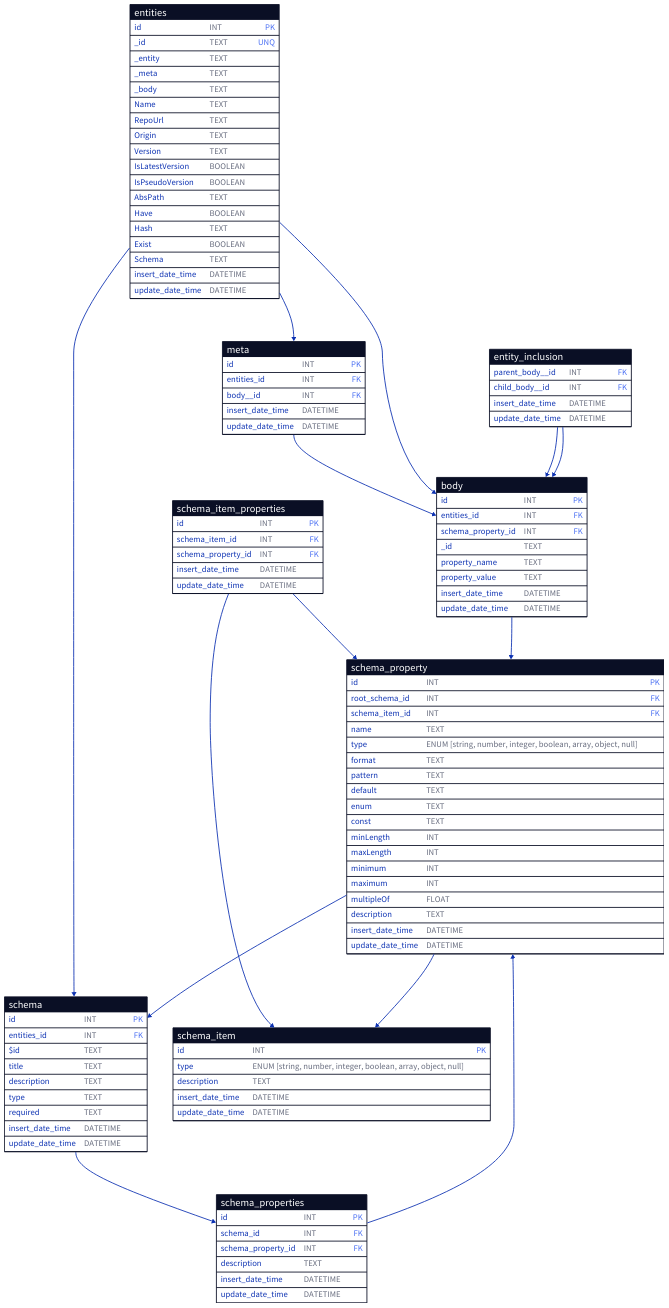
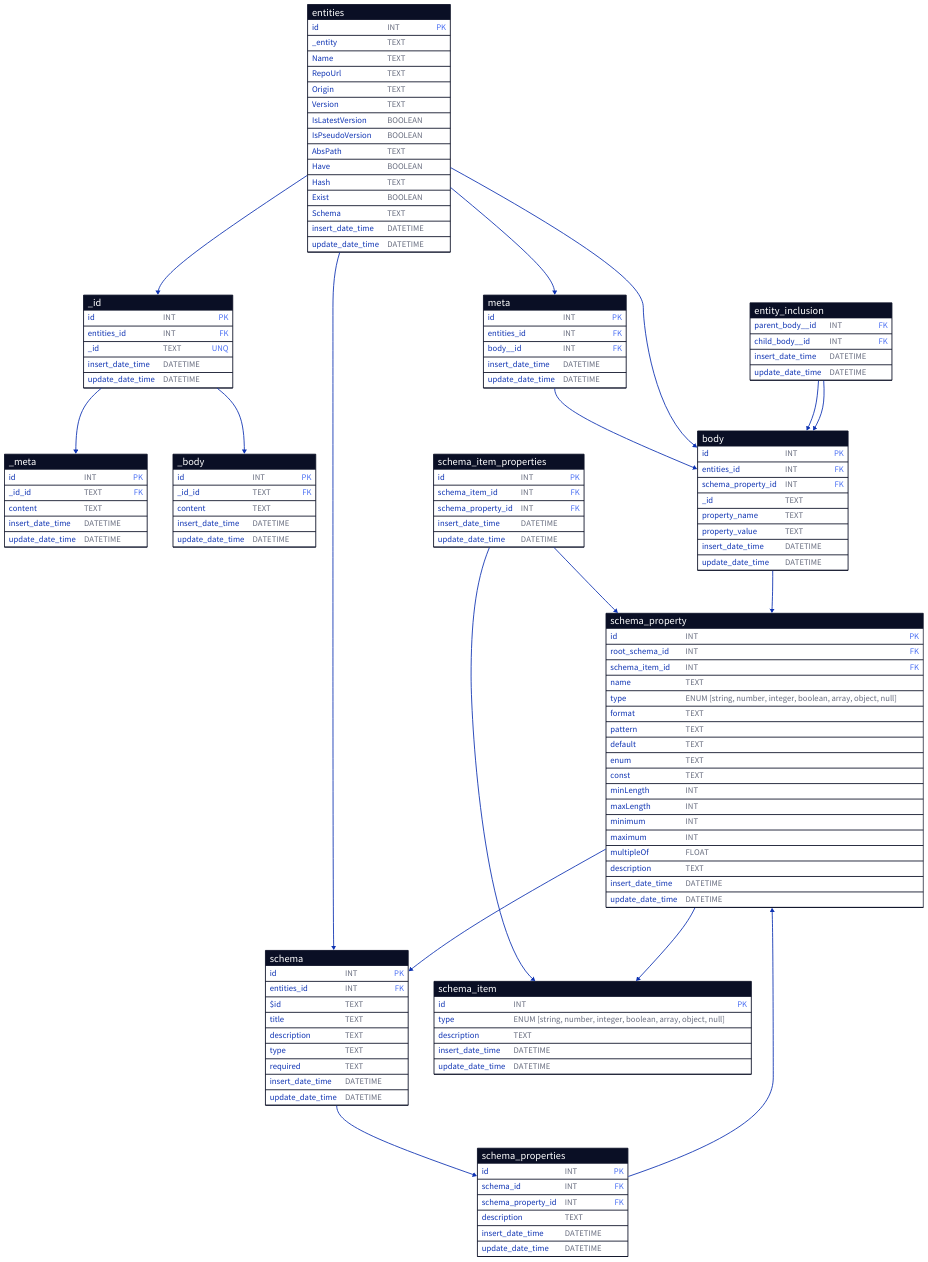
The diagram in .docs/diagram/caching-db-struct.d2 (AmadlaOrg/YECE), drawn with D2 before and after one commit. The commit also changed 1 other file, not shown here.

Commit message:
Added tables that were needed to store cache data for _meta and _body.

```diff
--- a/.docs/diagram/caching-db-struct.d2
+++ b/.docs/diagram/caching-db-struct.d2
@@ -1,133 +1,161 @@
 # TODO: Need to add other schema details like data type, constrains, etc. From the information here we need to be able to regenerate the schema and the .hery file. Maybe add another table for other details from the schema
 
 entities: {
   shape: sql_table
   id: INT {constraint: primary_key}
-  _id: TEXT {constraint: unique}
   _entity: TEXT
-  _meta: TEXT
-  _body: TEXT
   Name: TEXT
   RepoUrl: TEXT
   Origin: TEXT
   Version: TEXT
   IsLatestVersion: BOOLEAN
   IsPseudoVersion: BOOLEAN
   AbsPath: TEXT
   Have: BOOLEAN
   Hash: TEXT
   Exist: BOOLEAN
   Schema: TEXT
+  insert_date_time: DATETIME
+  update_date_time: DATETIME
+}
+
+_id: {
+  shape: sql_table
+  id: INT {constraint: primary_key}
+  entities_id: INT {constraint: foreign_key}
+  _id: TEXT {constraint: unique}
+  insert_date_time: DATETIME
+  update_date_time: DATETIME
+}
+
+_meta: {
+  shape: sql_table
+  id: INT {constraint: primary_key}
+  _id_id: TEXT {constraint: foreign_key}
+  content: TEXT
+  insert_date_time: DATETIME
+  update_date_time: DATETIME
+}
+
+_body: {
+  shape: sql_table
+  id: INT {constraint: primary_key}
+  _id_id: TEXT {constraint: foreign_key}
+  content: TEXT
   insert_date_time: DATETIME
   update_date_time: DATETIME
 }
 
 meta: {
   shape: sql_table
   id: INT {constraint: primary_key}
   entities_id: INT {constraint: foreign_key}
   body__id: INT {constraint: foreign_key}
   insert_date_time: DATETIME
   update_date_time: DATETIME
 }
 
 body: {
   shape: sql_table
   id: INT {constraint: primary_key}
   entities_id: INT {constraint: foreign_key}
   schema_property_id: INT {constraint: foreign_key}
   _id: TEXT
   property_name: TEXT
   property_value: TEXT
   insert_date_time: DATETIME
   update_date_time: DATETIME
 }
 
 entity_inclusion: {
   shape: sql_table
   parent_body__id: INT {constraint: foreign_key}
   child_body__id: INT {constraint: foreign_key}
   insert_date_time: DATETIME
   update_date_time: DATETIME
 }
 
 schema: {
   shape: sql_table
   id: INT {constraint: primary_key}
   entities_id: INT {constraint: foreign_key}
   \$id: TEXT
   title: TEXT
   description: TEXT
   type: TEXT
   required: TEXT
   insert_date_time: DATETIME
   update_date_time: DATETIME
 }
 
 schema_properties: {
   shape: sql_table
   id: INT {constraint: primary_key}
   schema_id: INT {constraint: foreign_key}
   schema_property_id: INT {constraint: foreign_key}
   description: TEXT
   insert_date_time: DATETIME
   update_date_time: DATETIME
 }
 
 schema_property: {
   shape: sql_table
   id: INT {constraint: primary_key}
   root_schema_id: INT {constraint: foreign_key}
   schema_item_id: INT {constraint: foreign_key}
   name: TEXT
   type: ENUM \[string, number, integer, boolean, array, object, null\]
   format: TEXT
   pattern: TEXT
   default: TEXT
   enum: TEXT
   const: TEXT
   minLength: INT
   maxLength: INT
   minimum: INT
   maximum: INT
   multipleOf: FLOAT
   description: TEXT
   insert_date_time: DATETIME
   update_date_time: DATETIME
 }
 
 schema_item_properties: {
   shape: sql_table
   id: INT {constraint: primary_key}
   schema_item_id: INT {constraint: foreign_key}
   schema_property_id: INT {constraint: foreign_key}
   insert_date_time: DATETIME
   update_date_time: DATETIME
 }
 
 schema_item: {
   shape: sql_table
   id: INT {constraint: primary_key}
   type: ENUM \[string, number, integer, boolean, array, object, null\]
   description: TEXT
   insert_date_time: DATETIME
   update_date_time: DATETIME
 }
 
 entities.id -> meta.entities_id
 meta.body__id -> body._id
 entities.id -> body.entities_id
 entities.id -> schema.entities_id
 
 schema.id -> schema_properties.schema_id
 schema_properties.schema_property_id -> schema_property.id
 schema_item_properties.schema_item_id -> schema_item.id
 schema_item_properties.schema_property_id -> schema_property.id
 schema_property.schema_item_id -> schema_item.id
 
 entity_inclusion.parent_body__id -> body.id
 entity_inclusion.child_body__id -> body.id
 
 body.schema_property_id -> schema_property.id
 
 schema_property.root_schema_id -> schema.id
+
+entities.id -> _id.entities_id
+_id.id -> _meta._id_id
+_id.id -> _body._id_id
```
